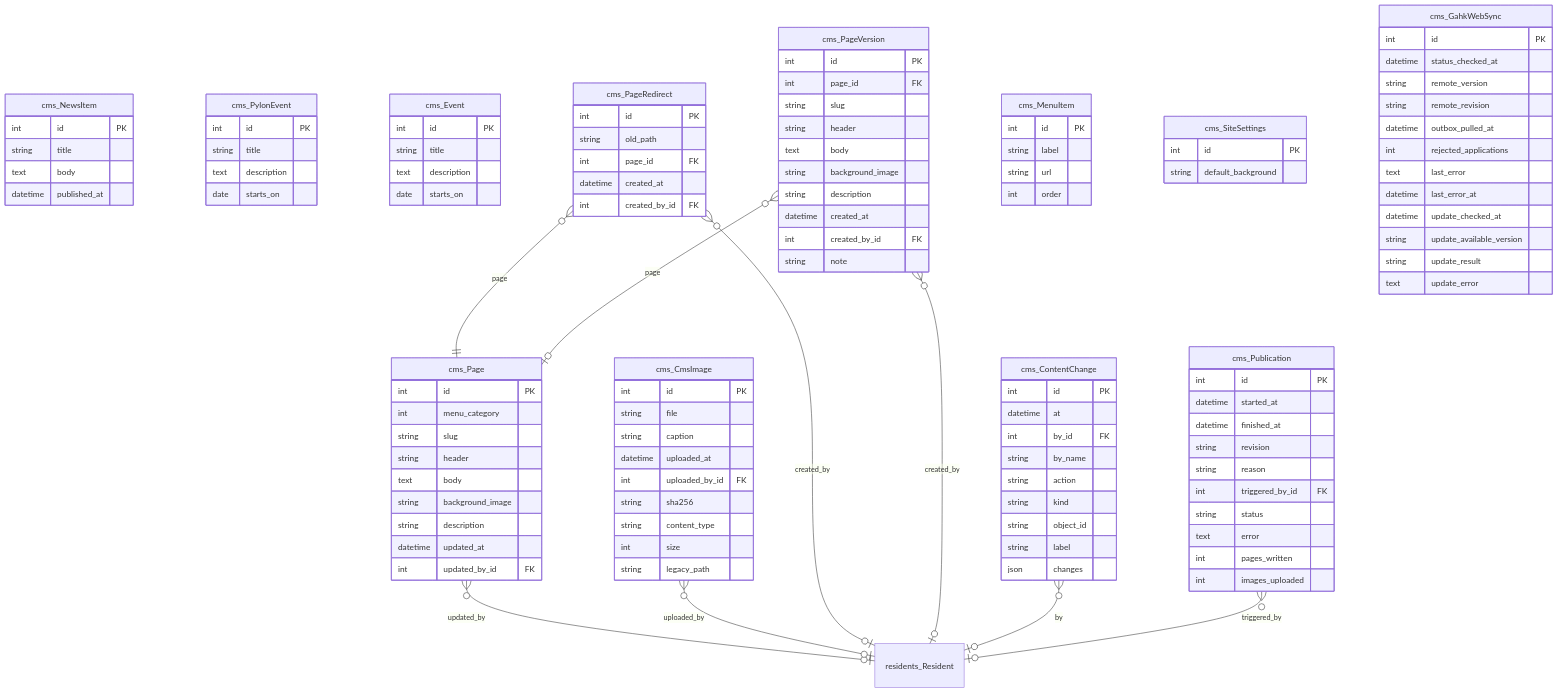
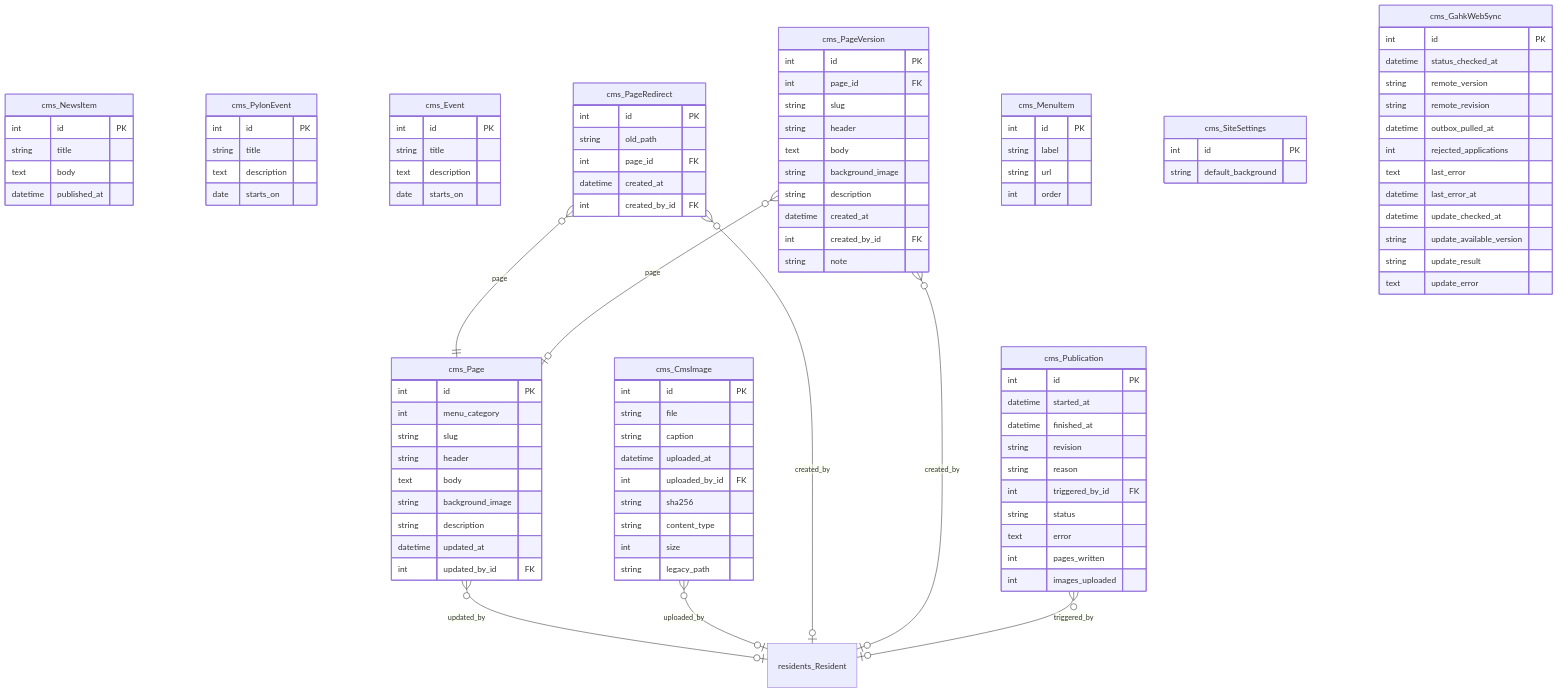
One commit to GAHK-org/gahk_intern changed the sixth of 19 diagrams in docs/erd.md. Above: the diagram before and after it, drawn with Mermaid. The commit also changed other lines of this file and 18 other files, not shown here.

````diff
--- a/docs/erd.md
+++ b/docs/erd.md
@@ -1388,18 +1375,6 @@
         string default_background
     }
 
-    cms_ContentChange {
-        int id PK
-        datetime at
-        int by_id FK
-        string by_name
-        string action
-        string kind
-        string object_id
-        string label
-        json changes
-    }
-
     cms_Publication {
         int id PK
         datetime started_at
@@ -1436,6 +1411,5 @@
     cms_PageRedirect }o--|o residents_Resident : "created_by"
     cms_PageVersion }o--|o cms_Page : "page"
     cms_PageVersion }o--|o residents_Resident : "created_by"
-    cms_ContentChange }o--|o residents_Resident : "by"
     cms_Publication }o--|o residents_Resident : "triggered_by"
 ```
````
